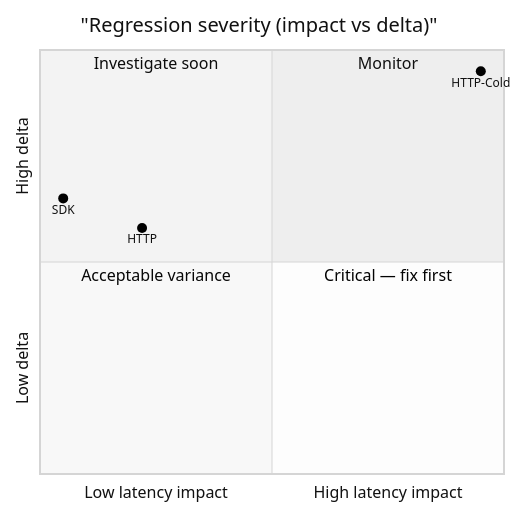
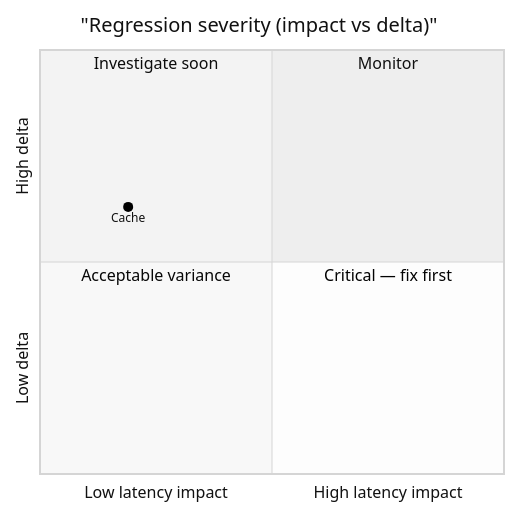
One commit to SveltyCMS/SveltyCMS changed the second of 2 diagrams in docs/project/benchmarks/benchmark_postgresql.mdx. Above: the diagram before and after it, drawn with Mermaid (neutral theme). The commit also changed other lines of this file and 7 other files, not shown here.

````diff
--- a/docs/project/benchmarks/benchmark_postgresql.mdx
+++ b/docs/project/benchmarks/benchmark_postgresql.mdx
@@ -98,13 +96,11 @@
 ```mermaid
 quadrantChart
   title "Regression severity (impact vs delta)"
   x-axis Low latency impact --> High latency impact
   y-axis Low delta --> High delta
   quadrant-1 Monitor
   quadrant-2 Investigate soon
   quadrant-3 Acceptable variance
   quadrant-4 Critical — fix first
-    SDK: [0.05, 0.65]
-    HTTP: [0.22, 0.58]
-    HTTP-Cold: [0.95, 0.95]
+    Cache: [0.19, 0.63]
 ```
````
